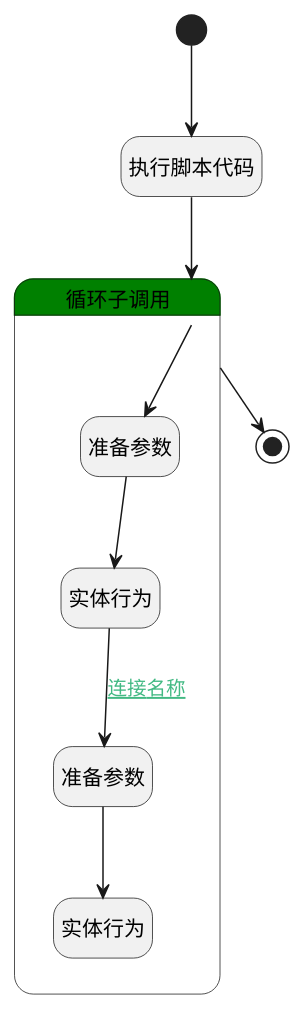
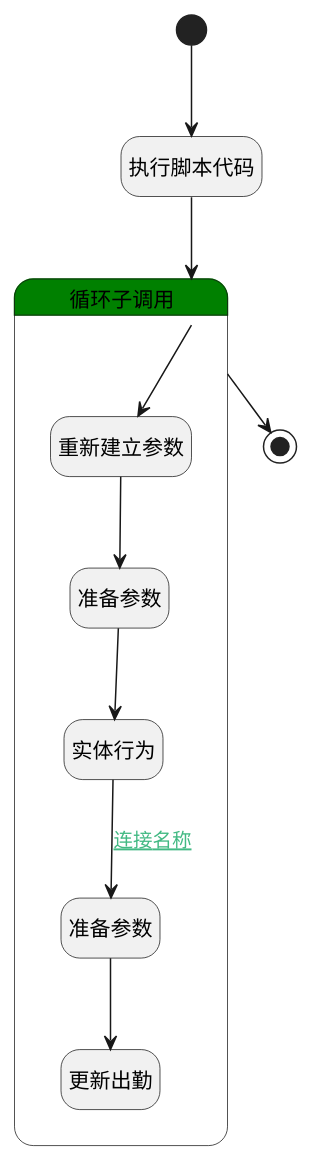
One commit to iBizLab/iBizEHR changed the diagram in doc/attendance/module/hr/hr_attendance/logic/batchApproval.md. Above: the diagram before and after it, drawn with PlantUML. The commit also changed other lines of this file and 523 other files, not shown here.

````diff
--- a/doc/attendance/module/hr/hr_attendance/logic/batchApproval.md
+++ b/doc/attendance/module/hr/hr_attendance/logic/batchApproval.md
@@ -7,32 +7,34 @@
 ```plantuml
 @startuml
 hide empty description
 <style>
 root {
   HyperlinkColor #42b983
 }
 </style>
 
 hide empty description
 state "开始" as Begin <<start>> [[$./batchApproval#begin {"开始"}]]
 state "执行脚本代码" as RAWSFCODE_01  [[$./batchApproval#rawsfcode_01 {"执行脚本代码"}]]
 state "结束" as END_01 <<end>> [[$./batchApproval#end_01 {"结束"}]]
 state "循环子调用" as LOOPSUBCALL_01  [[$./batchApproval#loopsubcall_01 {"循环子调用"}]] #green {
+state "重新建立参数" as RENEWPARAM_01  [[$./batchApproval#renewparam_01 {"重新建立参数"}]]
 state "准备参数" as PREPAREPARAM_01  [[$./batchApproval#prepareparam_01 {"准备参数"}]]
 state "实体行为" as DEACTION_01  [[$./batchApproval#deaction_01 {"实体行为"}]]
 state "准备参数" as PREPAREPARAM_02  [[$./batchApproval#prepareparam_02 {"准备参数"}]]
-state "实体行为" as DEACTION_02  [[$./batchApproval#deaction_02 {"实体行为"}]]
+state "更新出勤" as DEACTION_02  [[$./batchApproval#deaction_02 {"更新出勤"}]]
 }
 
 
 Begin --> RAWSFCODE_01
 RAWSFCODE_01 --> LOOPSUBCALL_01
-LOOPSUBCALL_01 --> PREPAREPARAM_01
+LOOPSUBCALL_01 --> RENEWPARAM_01
+RENEWPARAM_01 --> PREPAREPARAM_01
 PREPAREPARAM_01 --> DEACTION_01
 DEACTION_01 --> PREPAREPARAM_02 : [[$./batchApproval#deaction_01-prepareparam_02{连接名称} 连接名称]]
 PREPAREPARAM_02 --> DEACTION_02
 LOOPSUBCALL_01 --> END_01
 
 
 @enduml
 ```
````
